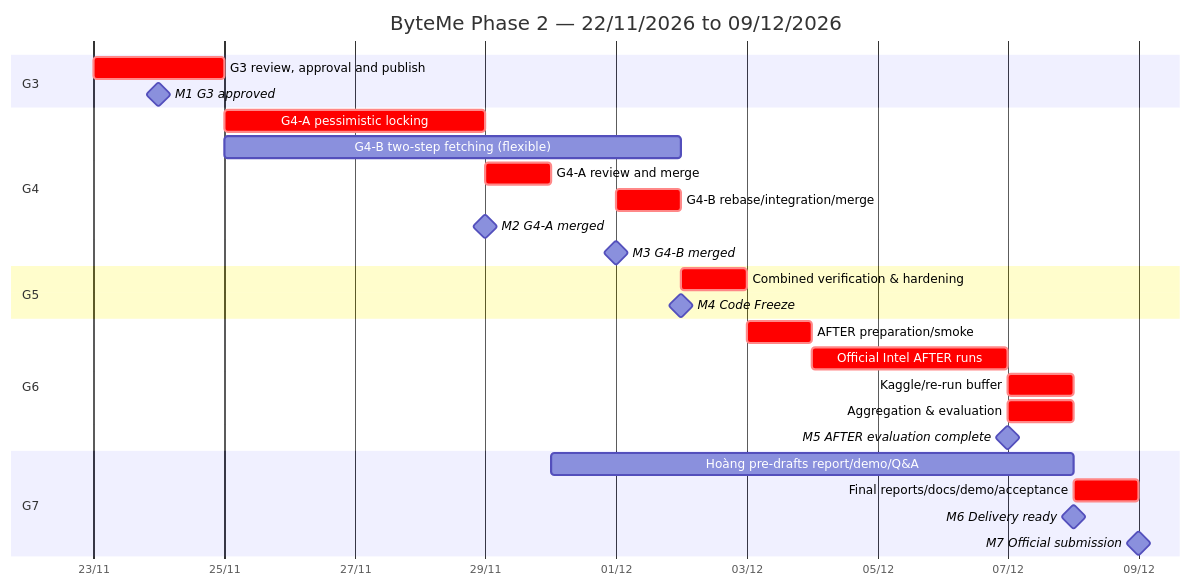
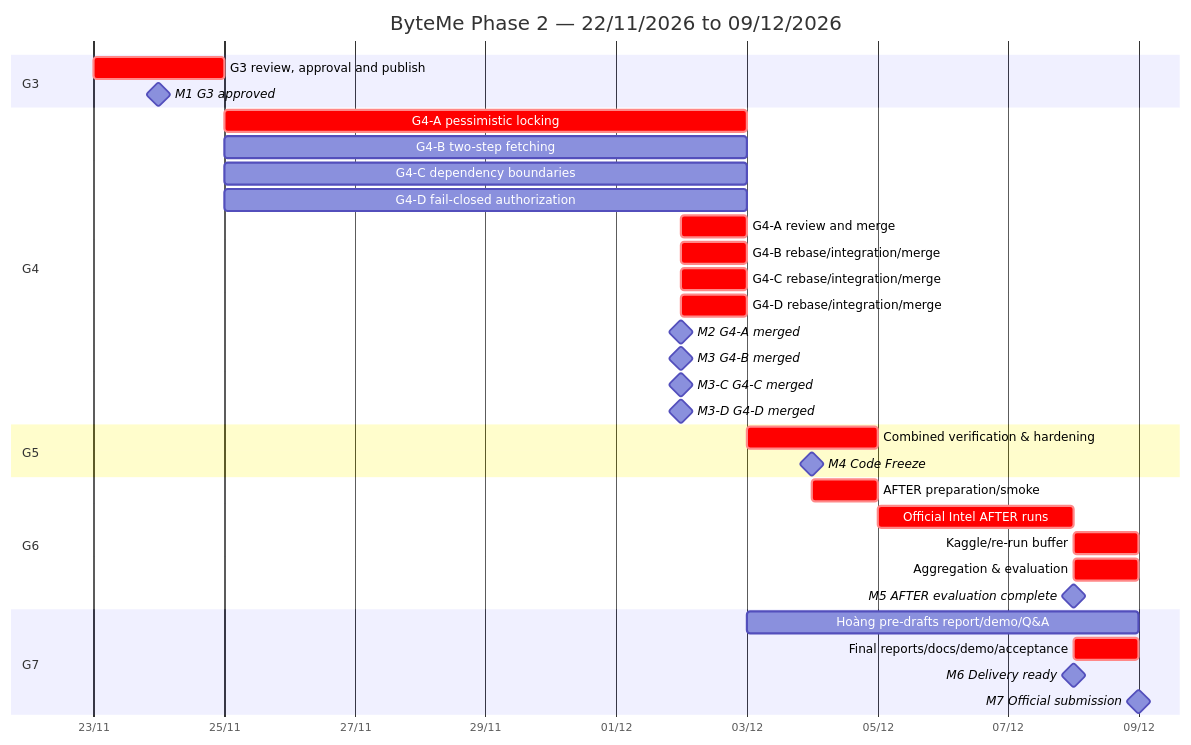
Before and after one commit to BuiHuy16/ByteMe-phase2: the diagram in docs/phase2/ROADMAP.md, drawn with Mermaid. The commit also changed other lines of this file and 8 other files, not shown here.

Commit message:
docs (phase 2): fix roadmap

````diff
--- a/docs/phase2/ROADMAP.md
+++ b/docs/phase2/ROADMAP.md
@@ -44,35 +44,41 @@
 ```mermaid
 gantt
     title ByteMe Phase 2 — 22/11/2026 to 09/12/2026
     dateFormat  YYYY-MM-DD
     axisFormat  %d/%m
 
     section G3
     G3 review, approval and publish       :crit, g3, 2026-11-23, 2d
     M1 G3 approved                        :milestone, m1, 2026-11-24, 0d
 
     section G4
-    G4-A pessimistic locking              :crit, g4a, 2026-11-25, 4d
-    G4-B two-step fetching (flexible)     :g4bdev, 2026-11-25, 7d
-    G4-A review and merge                 :crit, g4amerge, 2026-11-29, 1d
-    G4-B rebase/integration/merge         :crit, g4bmerge, 2026-12-01, 1d
-    M2 G4-A merged                        :milestone, m2, 2026-11-29, 0d
-    M3 G4-B merged                        :milestone, m3, 2026-12-01, 0d
+    G4-A pessimistic locking              :crit, g4a, 2026-11-25, 8d
+    G4-B two-step fetching                :g4bdev, 2026-11-25, 8d
+    G4-C dependency boundaries            :g4cdev, 2026-11-25, 8d
+    G4-D fail-closed authorization        :g4ddev, 2026-11-25, 8d
+    G4-A review and merge                 :crit, g4amerge, 2026-12-02, 1d
+    G4-B rebase/integration/merge         :crit, g4bmerge, 2026-12-02, 1d
+    G4-C rebase/integration/merge         :crit, g4cmerge, 2026-12-02, 1d
+    G4-D rebase/integration/merge         :crit, g4dmerge, 2026-12-02, 1d
+    M2 G4-A merged                        :milestone, m2, 2026-12-02, 0d
+    M3 G4-B merged                        :milestone, m3, 2026-12-02, 0d
+    M3-C G4-C merged                      :milestone, m3c, 2026-12-02, 0d
+    M3-D G4-D merged                      :milestone, m3d, 2026-12-02, 0d
 
     section G5
-    Combined verification & hardening    :crit, g5, 2026-12-02, 1d
-    M4 Code Freeze                        :milestone, m4, 2026-12-02, 0d
+    Combined verification & hardening    :crit, g5, 2026-12-03, 2d
+    M4 Code Freeze                        :milestone, m4, 2026-12-04, 0d
 
     section G6
-    AFTER preparation/smoke              :crit, prep, 2026-12-03, 1d
-    Official Intel AFTER runs            :crit, runs, 2026-12-04, 3d
-    Kaggle/re-run buffer                  :crit, buffer, 2026-12-07, 1d
-    Aggregation & evaluation              :crit, eval, 2026-12-07, 1d
-    M5 AFTER evaluation complete          :milestone, m5, 2026-12-07, 0d
+    AFTER preparation/smoke              :crit, prep, 2026-12-04, 1d
+    Official Intel AFTER runs            :crit, runs, 2026-12-05, 3d
+    Kaggle/re-run buffer                  :crit, buffer, 2026-12-08, 1d
+    Aggregation & evaluation              :crit, eval, 2026-12-08, 1d
+    M5 AFTER evaluation complete          :milestone, m5, 2026-12-08, 0d
 
     section G7
-    Hoàng pre-drafts report/demo/Q&A     :g7draft, 2026-11-30, 8d
+    Hoàng pre-drafts report/demo/Q&A     :g7draft, 2026-12-03, 6d
     Final reports/docs/demo/acceptance   :crit, g7final, 2026-12-08, 1d
     M6 Delivery ready                     :milestone, m6, 2026-12-08, 0d
     M7 Official submission                :milestone, m7, 2026-12-09, 0d
 ```
````
